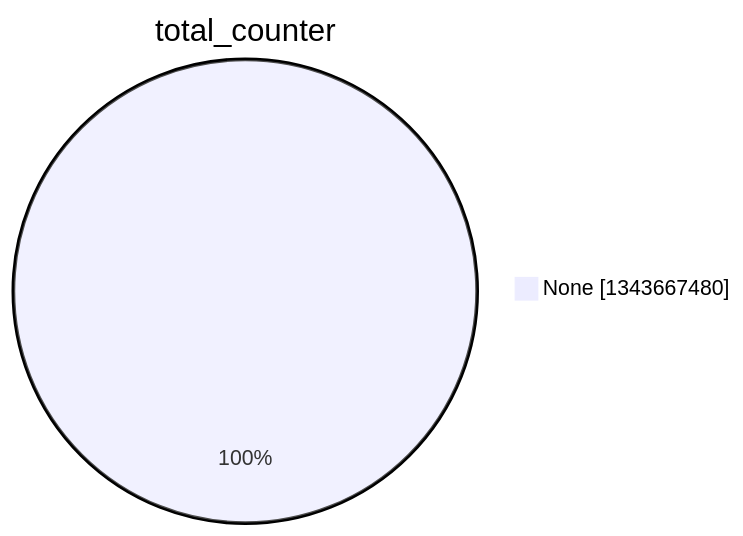
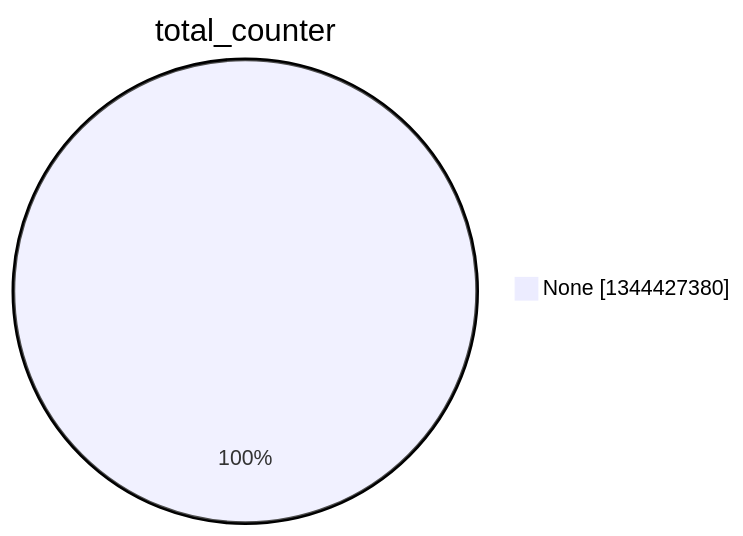
One commit to christiankrug/ctmonitor_visualization changed the second of 15 diagrams in argon2022/README.md. Above: the diagram before and after it, drawn with Mermaid. The commit also changed other lines of this file, not shown here.

````diff
--- a/argon2022/README.md
+++ b/argon2022/README.md
@@ -9,5 +9,5 @@
 ```mermaid
 pie showData
 title total_counter
-"None" :1343667480
+"None" :1344427380
 ```
````
